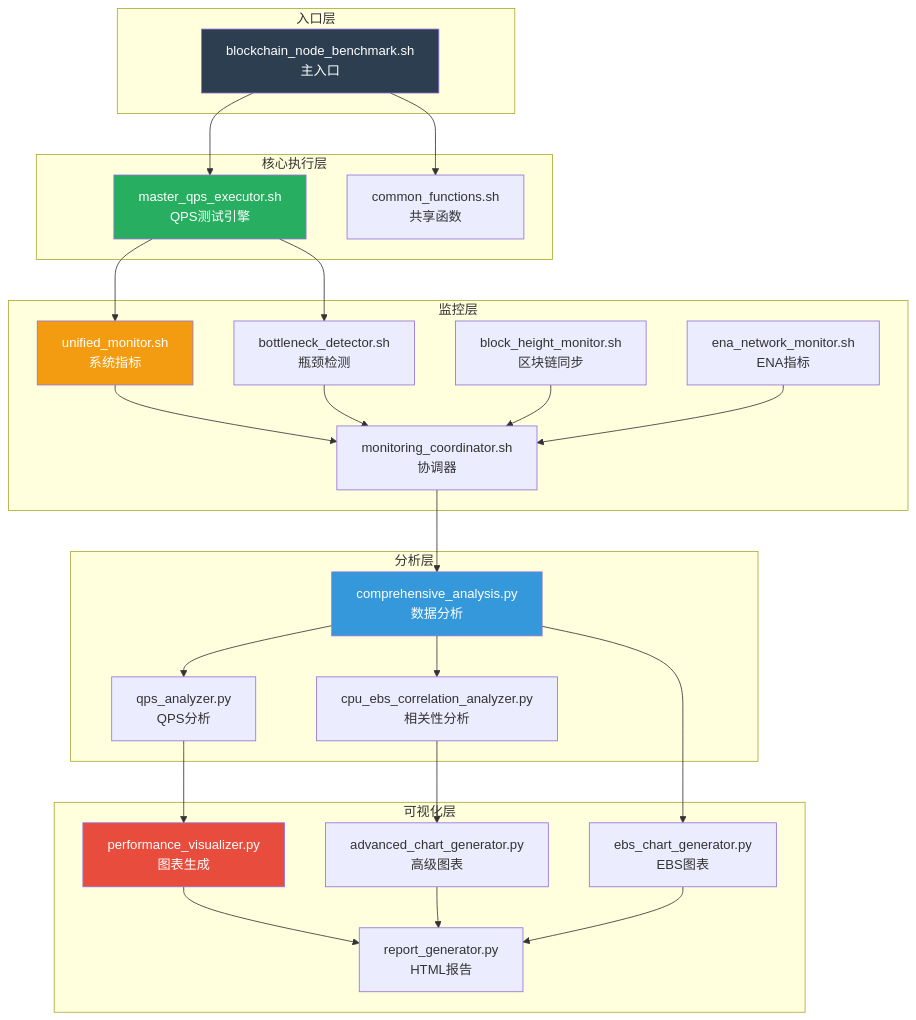
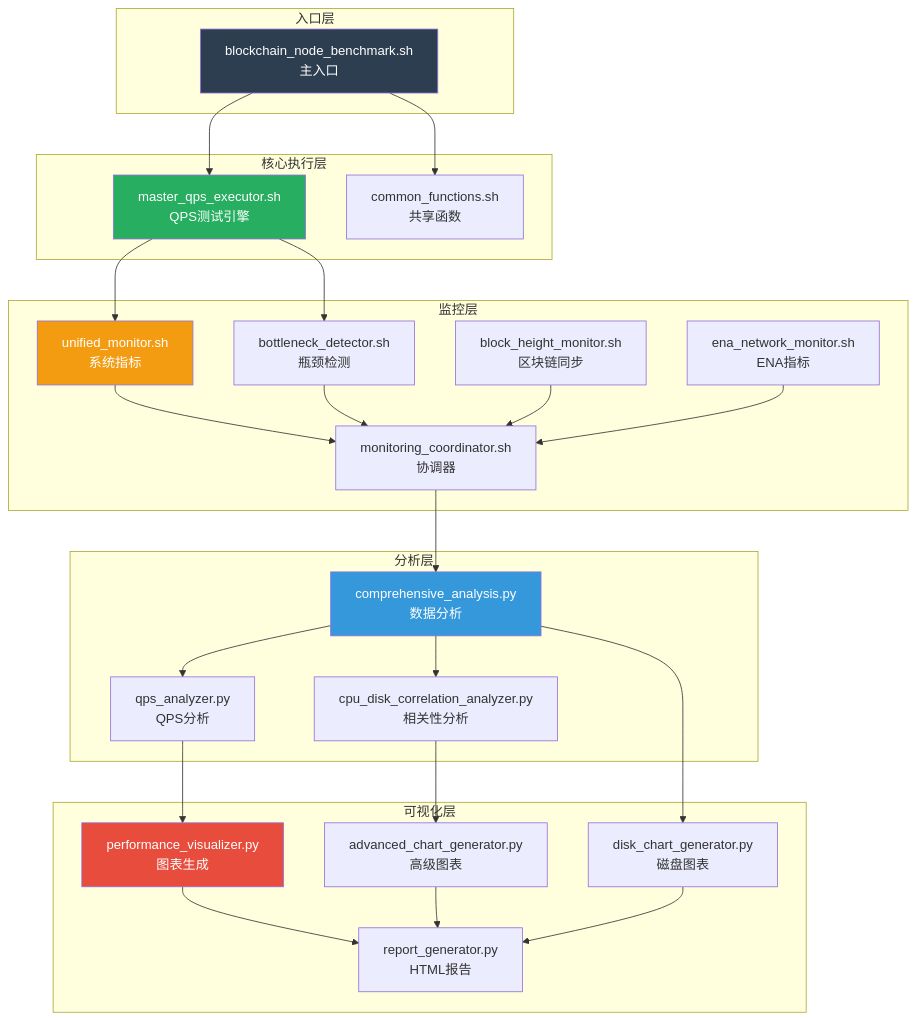
The first of 3 diagrams in docs/architecture-overview-zh.md (StayHungryStayFoolish/blockchain-node-benchmark), drawn with Mermaid before and after one commit. The commit also changed other lines of this file and 77 other files, not shown here.

````diff
--- a/docs/architecture-overview-zh.md
+++ b/docs/architecture-overview-zh.md
@@ -7,56 +7,56 @@
 ```mermaid
 graph TB
     subgraph "入口层"
         A[blockchain_node_benchmark.sh<br/>主入口]
     end
     
     subgraph "核心执行层"
         B[master_qps_executor.sh<br/>QPS测试引擎]
         C[common_functions.sh<br/>共享函数]
     end
     
     subgraph "监控层"
         D[unified_monitor.sh<br/>系统指标]
         E[bottleneck_detector.sh<br/>瓶颈检测]
         F[monitoring_coordinator.sh<br/>协调器]
         G[block_height_monitor.sh<br/>区块链同步]
         H[ena_network_monitor.sh<br/>ENA指标]
     end
     
     subgraph "分析层"
         I[comprehensive_analysis.py<br/>数据分析]
         J[qps_analyzer.py<br/>QPS分析]
-        K[cpu_ebs_correlation_analyzer.py<br/>相关性分析]
+        K[cpu_disk_correlation_analyzer.py<br/>相关性分析]
     end
     
     subgraph "可视化层"
         L[performance_visualizer.py<br/>图表生成]
         M[advanced_chart_generator.py<br/>高级图表]
-        N[ebs_chart_generator.py<br/>EBS图表]
+        N[disk_chart_generator.py<br/>磁盘图表]
         O[report_generator.py<br/>HTML报告]
     end
     
     A --> B
     A --> C
     B --> D
     B --> E
     D --> F
     E --> F
     G --> F
     H --> F
     F --> I
     I --> J
     I --> K
     J --> L
     K --> M
     I --> N
     L --> O
     M --> O
     N --> O
     
     style A fill:#2C3E50,color:#fff
     style B fill:#27AE60,color:#fff
     style D fill:#F39C12,color:#fff
     style I fill:#3498DB,color:#fff
     style L fill:#E74C3C,color:#fff
 ```
````
